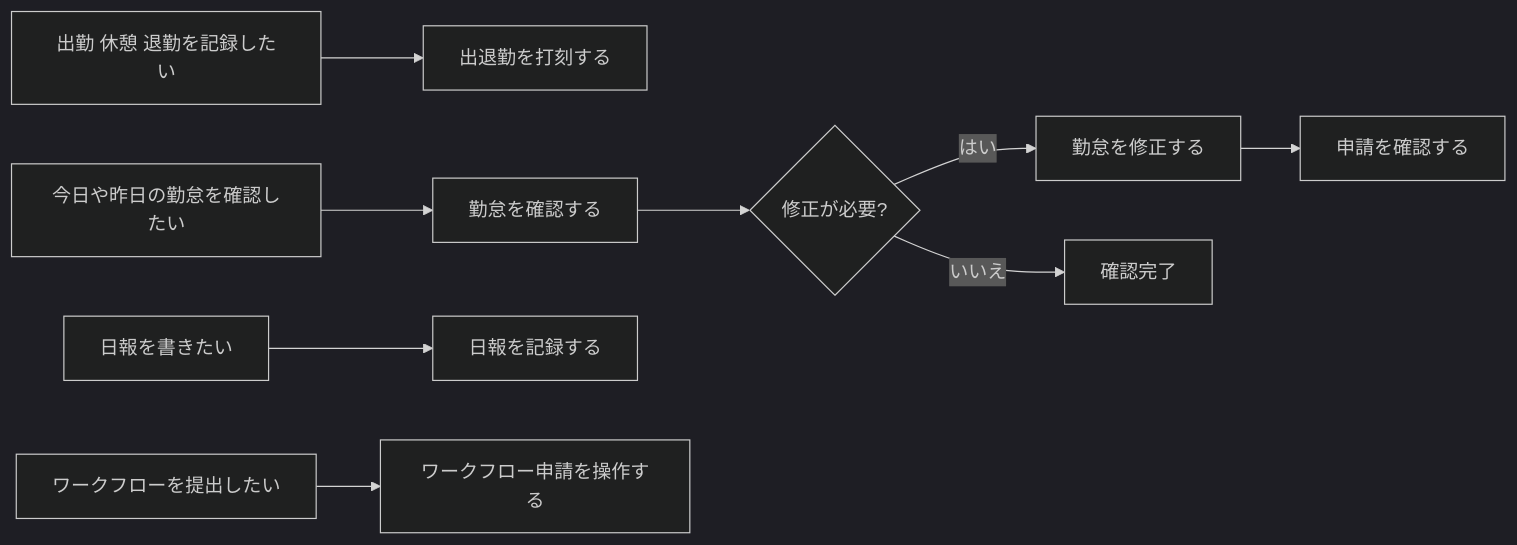
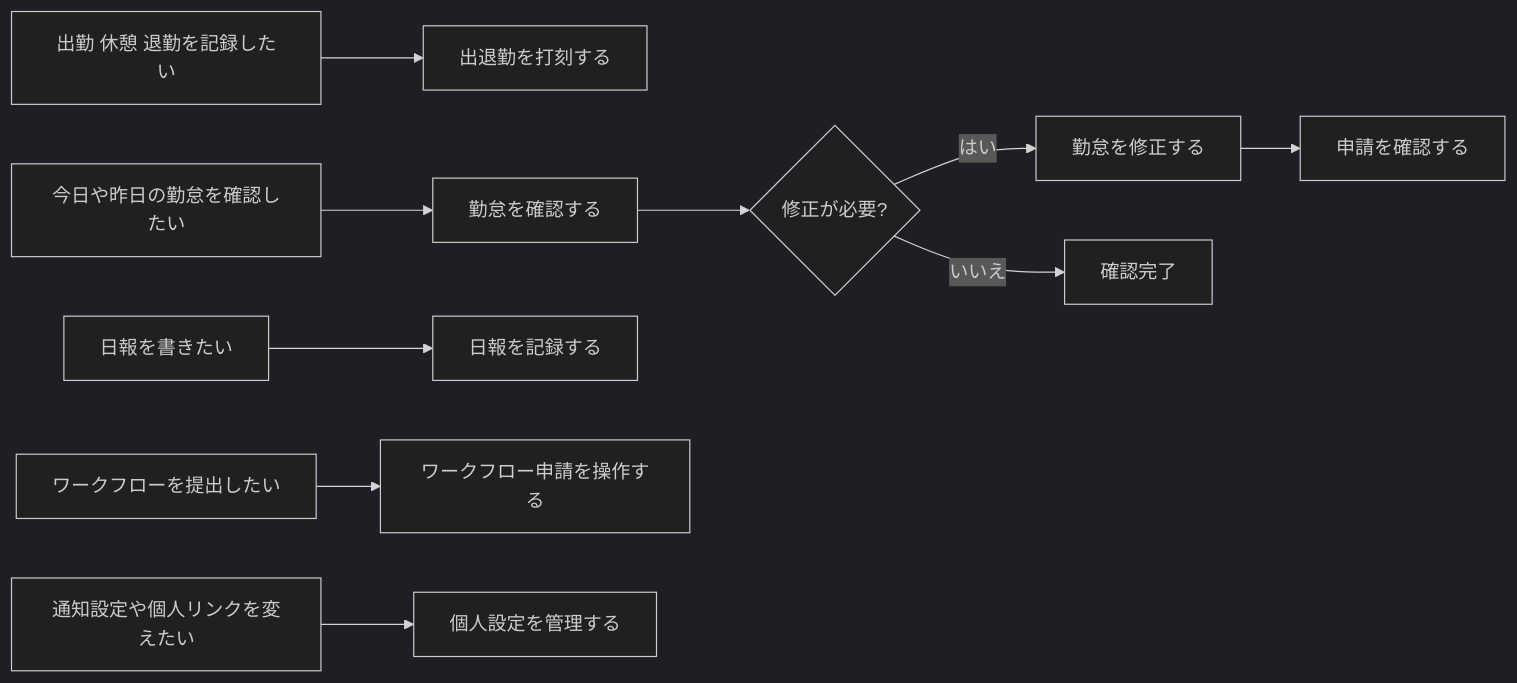
Before and after one commit to Minasapo/cloud-kintai-minasapo: the diagram in docs-site/docs/staff/navigation-map.md, drawn with Mermaid (dark theme). The commit also changed other lines of this file and 7 other files, not shown here.

````diff
--- a/docs-site/docs/staff/navigation-map.md
+++ b/docs-site/docs/staff/navigation-map.md
@@ -26,11 +27,12 @@
 ```mermaid
 flowchart LR
 	A[出勤 休憩 退勤を記録したい] --> B[出退勤を打刻する]
 	C[今日や昨日の勤怠を確認したい] --> D[勤怠を確認する]
 	D --> E{修正が必要?}
 	E -->|はい| F[勤怠を修正する]
 	F --> G[申請を確認する]
 	E -->|いいえ| H[確認完了]
 	I[日報を書きたい] --> J[日報を記録する]
 	K[ワークフローを提出したい] --> L[ワークフロー申請を操作する]
+	M[通知設定や個人リンクを変えたい] --> N[個人設定を管理する]
 ```
````
